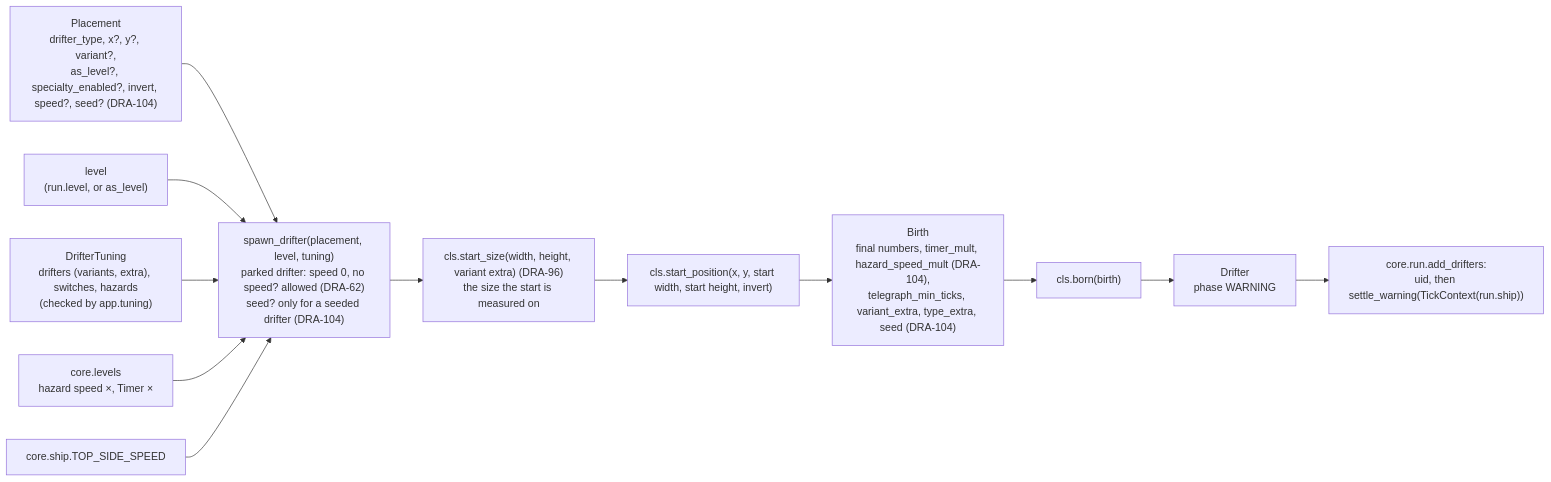
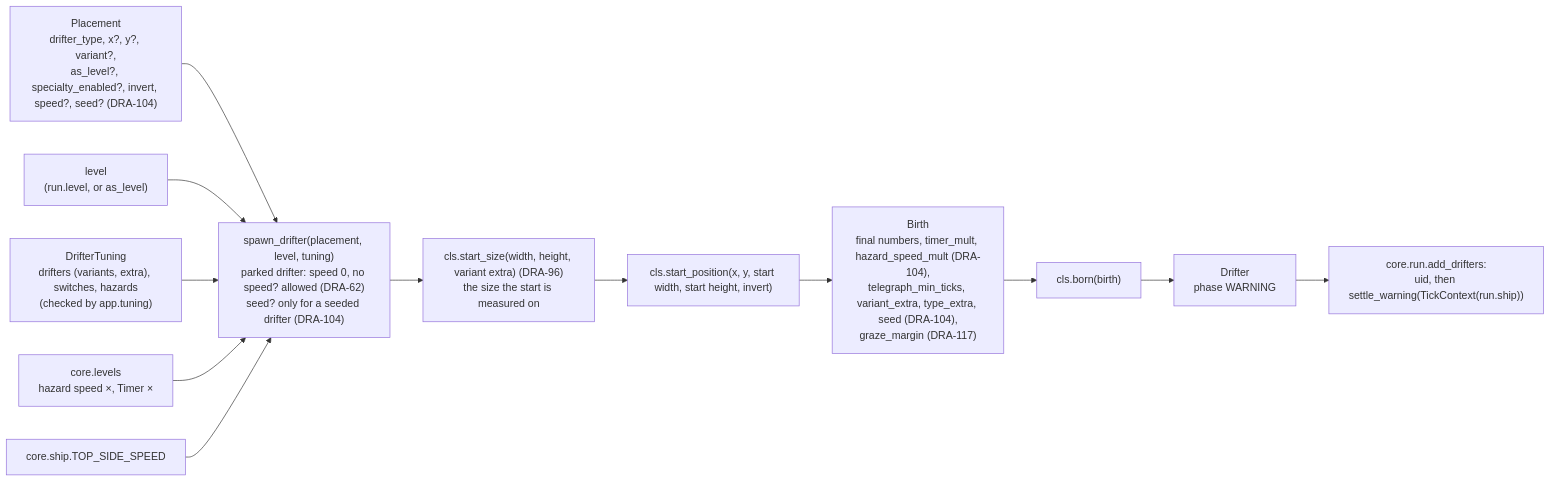
The diagram in docs/contracts/systems/drifters/shared/spawner-registry-tuning.md (david-mntl/driftward-ace), drawn with Mermaid before and after one commit. The commit also changed other lines of this file and 29 other files, not shown here.

Commit message:
docs(contracts): design DRA-117 graze, scoring schema, tasks and integration checks

````diff
--- a/docs/contracts/systems/drifters/shared/spawner-registry-tuning.md
+++ b/docs/contracts/systems/drifters/shared/spawner-registry-tuning.md
@@ -8,12 +8,12 @@
 ```mermaid
 flowchart LR
   P["Placement<br/>drifter_type, x?, y?, variant?,<br/>as_level?, specialty_enabled?, invert, speed?, seed? (DRA-104)"] --> S["spawn_drifter(placement, level, tuning)<br/>parked drifter: speed 0, no speed? allowed (DRA-62)<br/>seed? only for a seeded drifter (DRA-104)"]
   L["level<br/>(run.level, or as_level)"] --> S
   T["DrifterTuning<br/>drifters (variants, extra), switches, hazards<br/>(checked by app.tuning)"] --> S
   LV["core.levels<br/>hazard speed ×, Timer ×"] --> S
   SH["core.ship.TOP_SIDE_SPEED"] --> S
   S --> SZ["cls.start_size(width, height, variant extra) (DRA-96)<br/>the size the start is measured on"]
   SZ --> SP["cls.start_position(x, y, start width, start height, invert)"]
-  SP --> B["Birth<br/>final numbers, timer_mult, hazard_speed_mult (DRA-104),<br/>telegraph_min_ticks, variant_extra, type_extra, seed (DRA-104)"] --> C["cls.born(birth)"] --> O["Drifter<br/>phase WARNING"]
+  SP --> B["Birth<br/>final numbers, timer_mult, hazard_speed_mult (DRA-104),<br/>telegraph_min_ticks, variant_extra, type_extra, seed (DRA-104),<br/>graze_margin (DRA-117)"] --> C["cls.born(birth)"] --> O["Drifter<br/>phase WARNING"]
   O --> AD["core.run.add_drifters:<br/>uid, then settle_warning(TickContext(run.ship))"]
 ```
````
